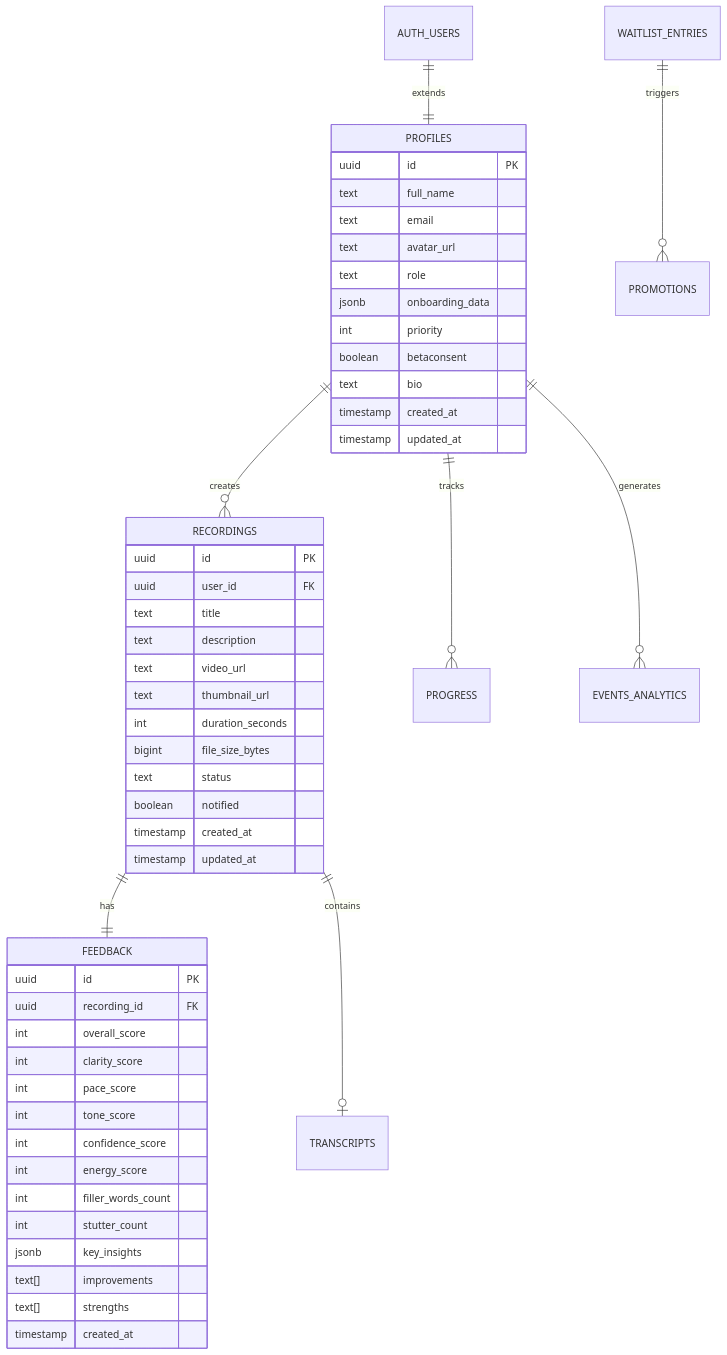
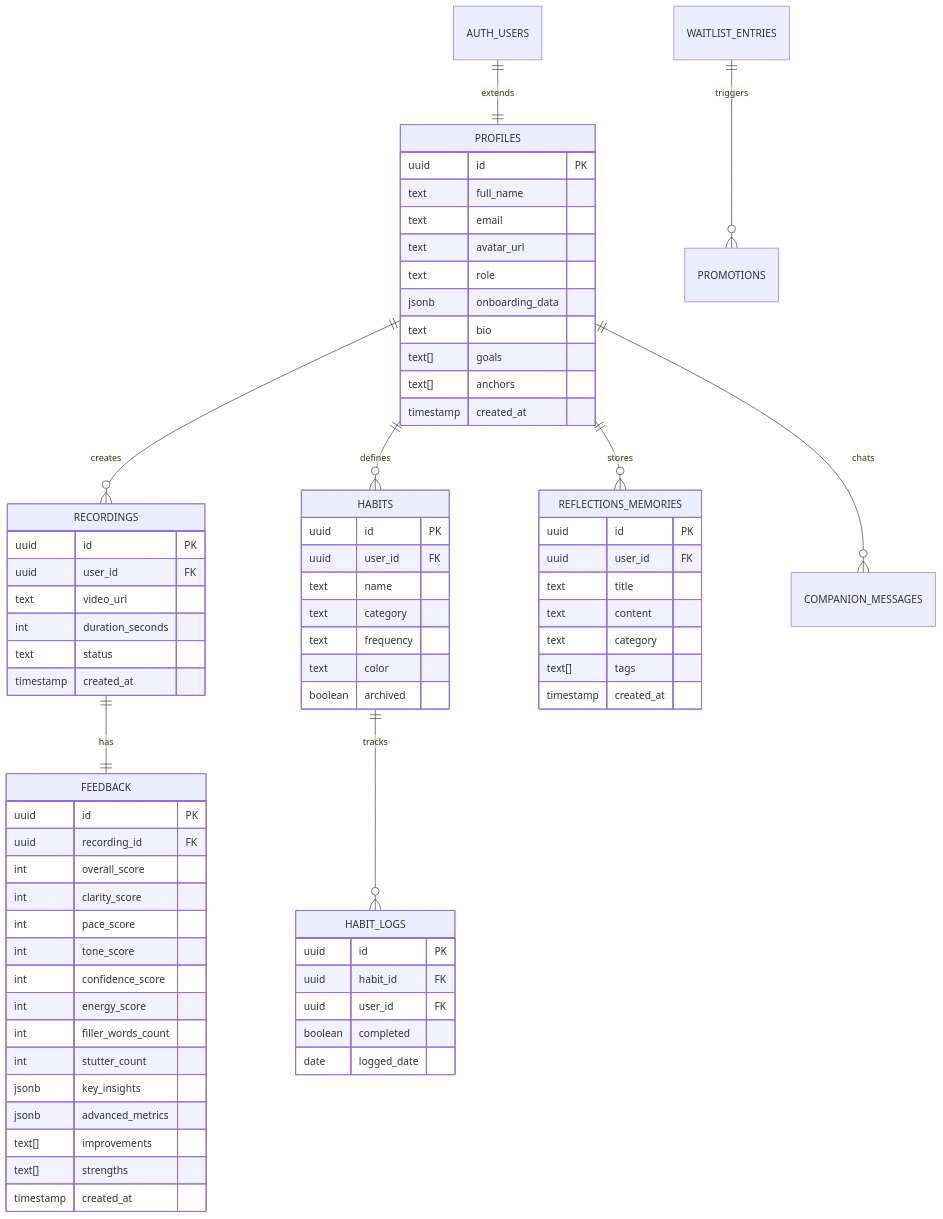
Diagram 14 of 18 in README.md (yashmagar01/The-Future-You), drawn with Mermaid before and after one commit. The commit also changed other lines of this file and 4 other files, not shown here.

Commit message:
docs: update project version and scorecard, and add detailed documentation for memory system, roadmap, and quick start guide

````diff
--- a/README.md
+++ b/README.md
@@ -689,56 +700,79 @@
 ```mermaid
 erDiagram
     AUTH_USERS ||--|| PROFILES : extends
     PROFILES ||--o{ RECORDINGS : creates
-    PROFILES ||--o{ PROGRESS : tracks
-    PROFILES ||--o{ EVENTS_ANALYTICS : generates
     RECORDINGS ||--|| FEEDBACK : has
-    RECORDINGS ||--o| TRANSCRIPTS : contains
+    PROFILES ||--o{ HABITS : defines
+    HABITS ||--o{ HABIT_LOGS : tracks
+    PROFILES ||--o{ REFLECTIONS_MEMORIES : stores
+    PROFILES ||--o{ COMPANION_MESSAGES : chats
     WAITLIST_ENTRIES ||--o{ PROMOTIONS : triggers
-    
+
     PROFILES {
         uuid id PK
         text full_name
         text email
         text avatar_url
         text role
         jsonb onboarding_data
-        int priority
-        boolean betaconsent
         text bio
+        text[] goals
+        text[] anchors
         timestamp created_at
-        timestamp updated_at
     }
-    
+
     RECORDINGS {
         uuid id PK
         uuid user_id FK
-        text title
-        text description
         text video_url
-        text thumbnail_url
         int duration_seconds
-        bigint file_size_bytes
         text status
-        boolean notified
         timestamp created_at
-        timestamp updated_at
     }
-    
+
     FEEDBACK {
         uuid id PK
         uuid recording_id FK
         int overall_score
         int clarity_score
         int pace_score
         int tone_score
         int confidence_score
         int energy_score
         int filler_words_count
         int stutter_count
         jsonb key_insights
+        jsonb advanced_metrics
         text[] improvements
         text[] strengths
         timestamp created_at
     }
+
+    HABITS {
+        uuid id PK
+        uuid user_id FK
+        text name
+        text category
+        text frequency
+        text color
+        boolean archived
+    }
+
+    HABIT_LOGS {
+        uuid id PK
+        uuid habit_id FK
+        uuid user_id FK
+        boolean completed
+        date logged_date
+    }
+
+    REFLECTIONS_MEMORIES {
+        uuid id PK
+        uuid user_id FK
+        text title
+        text content
+        text category
+        text[] tags
+        timestamp created_at
+    }
 ```
````
